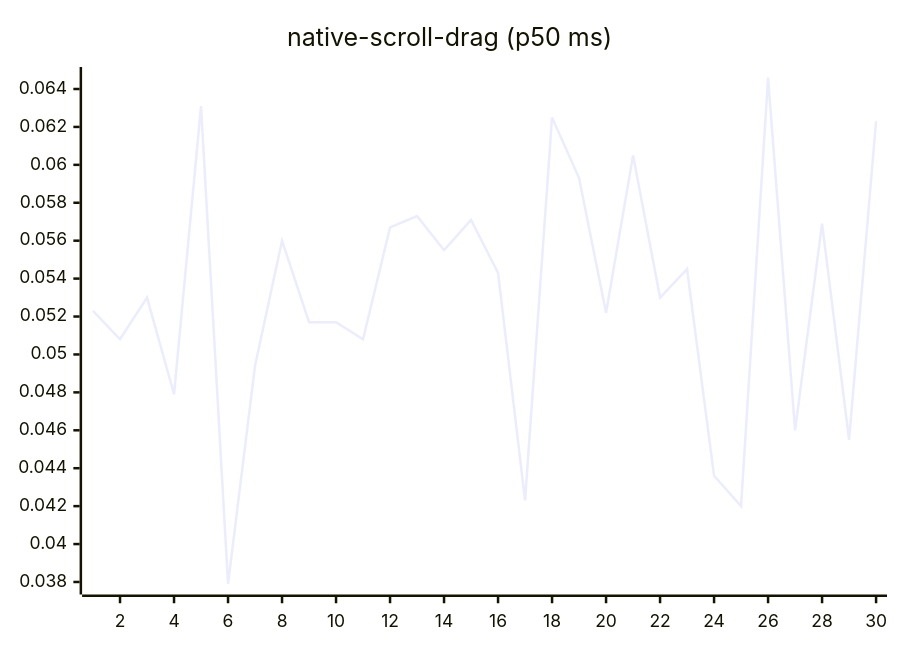
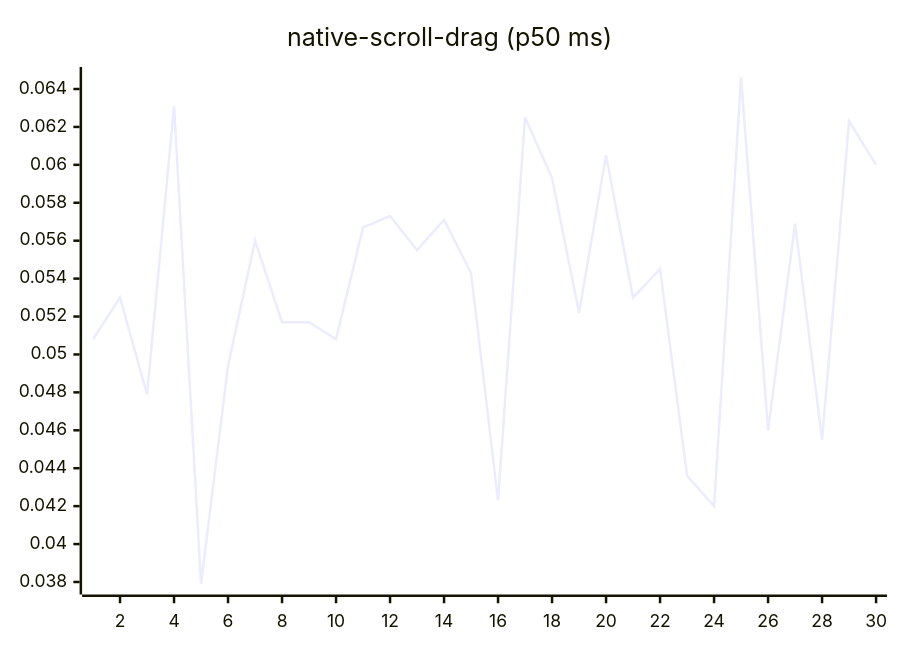
Diagram 14 of 27 in README.md (josha/Facet), drawn with Mermaid before and after one commit. The commit also changed other lines of this file and 2 other files, not shown here.

````diff
--- a/README.md
+++ b/README.md
@@ -154,6 +154,6 @@
 ```mermaid
 xychart-beta
     title "native-scroll-drag (p50 ms)"
     x-axis 1 --> 30
-    line [0.0523, 0.0508, 0.0530, 0.0479, 0.0631, 0.0379, 0.0494, 0.0560, 0.0517, 0.0517, 0.0508, 0.0567, 0.0573, 0.0555, 0.0571, 0.0543, 0.0423, 0.0625, 0.0593, 0.0522, 0.0605, 0.0530, 0.0545, 0.0436, 0.0420, 0.0646, 0.0460, 0.0569, 0.0455, 0.0623]
+    line [0.0508, 0.0530, 0.0479, 0.0631, 0.0379, 0.0494, 0.0560, 0.0517, 0.0517, 0.0508, 0.0567, 0.0573, 0.0555, 0.0571, 0.0543, 0.0423, 0.0625, 0.0593, 0.0522, 0.0605, 0.0530, 0.0545, 0.0436, 0.0420, 0.0646, 0.0460, 0.0569, 0.0455, 0.0623, 0.0600]
 ```
````
